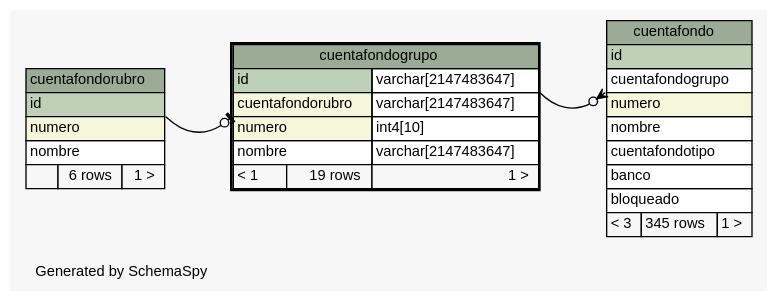
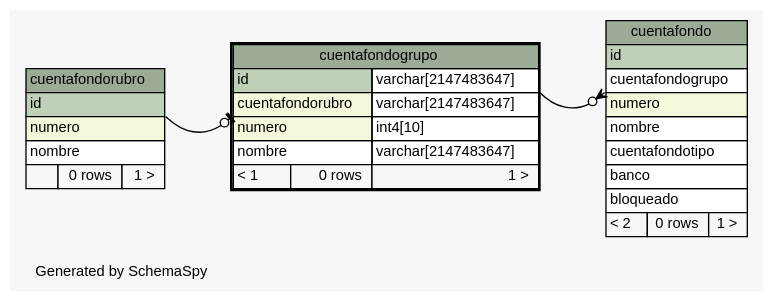
Before and after one commit to diegopablomansilla/massoftware_front: the diagram in postgresql/schemaSpy/salida/diagrams/cuentafondogrupo.1degree.dot, drawn with Graphviz. The commit also changed 350 other files, not shown here.

```diff
--- a/postgresql/schemaSpy/salida/diagrams/cuentafondogrupo.1degree.dot
+++ b/postgresql/schemaSpy/salida/diagrams/cuentafondogrupo.1degree.dot
@@ -1,65 +1,65 @@
 // dot 2.2.1 on Windows 10 10.0
 // SchemaSpy rev 590
 digraph "oneDegreeRelationshipsDiagram" {
   graph [
     rankdir="RL"
     bgcolor="#f7f7f7"
     label="\nGenerated by SchemaSpy"
     labeljust="l"
     nodesep="0.18"
     ranksep="0.46"
     fontname="Helvetica"
     fontsize="11"
   ];
   node [
     fontname="Helvetica"
     fontsize="11"
     shape="plaintext"
   ];
   edge [
     arrowsize="0.8"
   ];
   "cuentafondo":"cuentafondogrupo":sw -> "cuentafondogrupo":"id.type":se [arrowhead=none dir=back arrowtail=crowodot];
   "cuentafondogrupo":"cuentafondorubro":sw -> "cuentafondorubro":"id":se [arrowhead=none dir=back arrowtail=teeodot];
   "cuentafondo" [
     label=<
     <TABLE BORDER="0" CELLBORDER="1" CELLSPACING="0" BGCOLOR="#ffffff">
       <TR><TD COLSPAN="3" BGCOLOR="#9bab96" ALIGN="CENTER">cuentafondo</TD></TR>
       <TR><TD PORT="id" COLSPAN="3" BGCOLOR="#bed1b8" ALIGN="LEFT">id</TD></TR>
       <TR><TD PORT="cuentafondogrupo" COLSPAN="3" ALIGN="LEFT">cuentafondogrupo</TD></TR>
       <TR><TD PORT="numero" COLSPAN="3" BGCOLOR="#f4f7da" ALIGN="LEFT">numero</TD></TR>
       <TR><TD PORT="nombre" COLSPAN="3" ALIGN="LEFT">nombre</TD></TR>
       <TR><TD PORT="cuentafondotipo" COLSPAN="3" ALIGN="LEFT">cuentafondotipo</TD></TR>
       <TR><TD PORT="banco" COLSPAN="3" ALIGN="LEFT">banco</TD></TR>
       <TR><TD PORT="bloqueado" COLSPAN="3" ALIGN="LEFT">bloqueado</TD></TR>
-      <TR><TD ALIGN="LEFT" BGCOLOR="#f7f7f7">&lt; 3</TD><TD ALIGN="RIGHT" BGCOLOR="#f7f7f7">345 rows</TD><TD ALIGN="RIGHT" BGCOLOR="#f7f7f7">1 &gt;</TD></TR>
+      <TR><TD ALIGN="LEFT" BGCOLOR="#f7f7f7">&lt; 2</TD><TD ALIGN="RIGHT" BGCOLOR="#f7f7f7">0 rows</TD><TD ALIGN="RIGHT" BGCOLOR="#f7f7f7">1 &gt;</TD></TR>
     </TABLE>>
     URL="cuentafondo.html"
     tooltip="cuentafondo"
   ];
   "cuentafondogrupo" [
     label=<
     <TABLE BORDER="2" CELLBORDER="1" CELLSPACING="0" BGCOLOR="#ffffff">
       <TR><TD COLSPAN="3" BGCOLOR="#9bab96" ALIGN="CENTER">cuentafondogrupo</TD></TR>
       <TR><TD PORT="id" COLSPAN="2" BGCOLOR="#bed1b8" ALIGN="LEFT">id</TD><TD PORT="id.type" ALIGN="LEFT">varchar[2147483647]</TD></TR>
       <TR><TD PORT="cuentafondorubro" COLSPAN="2" BGCOLOR="#f4f7da" ALIGN="LEFT">cuentafondorubro</TD><TD PORT="cuentafondorubro.type" ALIGN="LEFT">varchar[2147483647]</TD></TR>
       <TR><TD PORT="numero" COLSPAN="2" BGCOLOR="#f4f7da" ALIGN="LEFT">numero</TD><TD PORT="numero.type" ALIGN="LEFT">int4[10]</TD></TR>
       <TR><TD PORT="nombre" COLSPAN="2" ALIGN="LEFT">nombre</TD><TD PORT="nombre.type" ALIGN="LEFT">varchar[2147483647]</TD></TR>
-      <TR><TD ALIGN="LEFT" BGCOLOR="#f7f7f7">&lt; 1</TD><TD ALIGN="RIGHT" BGCOLOR="#f7f7f7">19 rows</TD><TD ALIGN="RIGHT" BGCOLOR="#f7f7f7">1 &gt;</TD></TR>
+      <TR><TD ALIGN="LEFT" BGCOLOR="#f7f7f7">&lt; 1</TD><TD ALIGN="RIGHT" BGCOLOR="#f7f7f7">0 rows</TD><TD ALIGN="RIGHT" BGCOLOR="#f7f7f7">1 &gt;</TD></TR>
     </TABLE>>
     URL="cuentafondogrupo.html"
     tooltip="cuentafondogrupo"
   ];
   "cuentafondorubro" [
     label=<
     <TABLE BORDER="0" CELLBORDER="1" CELLSPACING="0" BGCOLOR="#ffffff">
       <TR><TD COLSPAN="3" BGCOLOR="#9bab96" ALIGN="CENTER">cuentafondorubro</TD></TR>
       <TR><TD PORT="id" COLSPAN="3" BGCOLOR="#bed1b8" ALIGN="LEFT">id</TD></TR>
       <TR><TD PORT="numero" COLSPAN="3" BGCOLOR="#f4f7da" ALIGN="LEFT">numero</TD></TR>
       <TR><TD PORT="nombre" COLSPAN="3" ALIGN="LEFT">nombre</TD></TR>
-      <TR><TD ALIGN="LEFT" BGCOLOR="#f7f7f7">  </TD><TD ALIGN="RIGHT" BGCOLOR="#f7f7f7">6 rows</TD><TD ALIGN="RIGHT" BGCOLOR="#f7f7f7">1 &gt;</TD></TR>
+      <TR><TD ALIGN="LEFT" BGCOLOR="#f7f7f7">  </TD><TD ALIGN="RIGHT" BGCOLOR="#f7f7f7">0 rows</TD><TD ALIGN="RIGHT" BGCOLOR="#f7f7f7">1 &gt;</TD></TR>
     </TABLE>>
     URL="cuentafondorubro.html"
     tooltip="cuentafondorubro"
   ];
 }
```
